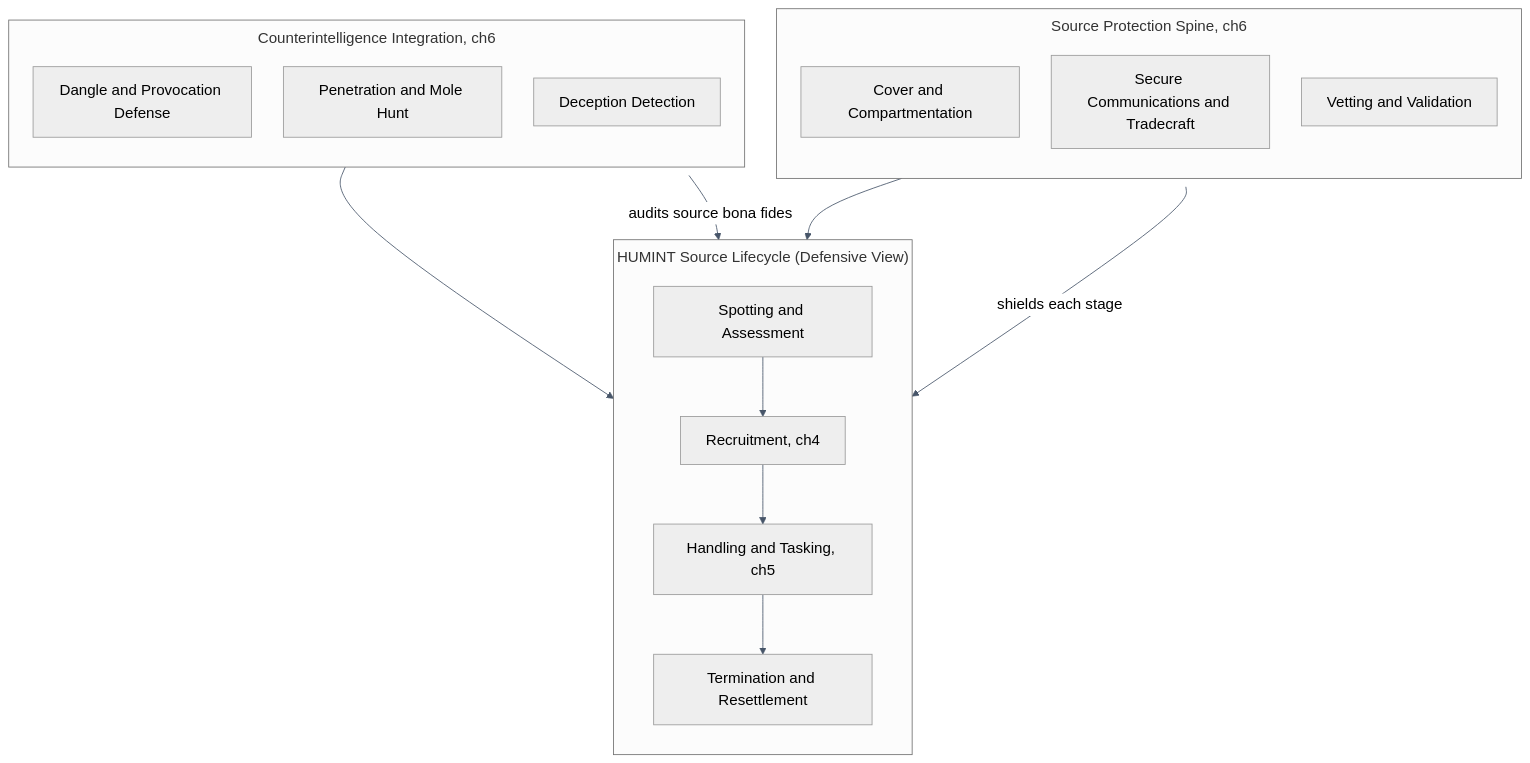
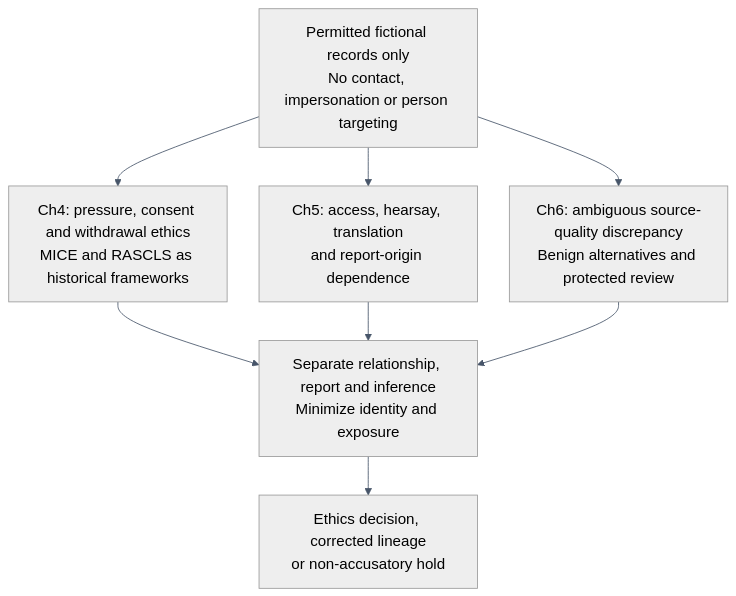
Before and after one commit to docxology/AGEINT: the diagram in output/figures/mermaid/part-humint-defensive-lifecycle.mmd, drawn with Mermaid. The commit also changed 1158 other files, not shown here.

```diff
--- a/output/figures/mermaid/part-humint-defensive-lifecycle.mmd
+++ b/output/figures/mermaid/part-humint-defensive-lifecycle.mmd
@@ -1,24 +1,10 @@
 %%{init: {'theme':'neutral','themeVariables':{'fontSize':'18px','fontFamily':'Arial, sans-serif','primaryColor':'#dbeafe','primaryBorderColor':'#475569','primaryTextColor':'#0f172a','lineColor':'#475569','secondaryColor':'#dcfce7','tertiaryColor':'#fef3c7'},'flowchart':{'htmlLabels':true,'nodeSpacing':38,'rankSpacing':46,'curve':'basis','subGraphTitleMargin':{'top':8,'bottom':12}}}}%%
 flowchart TB
-  subgraph LIFE["HUMINT Source Lifecycle (Defensive View)"]
-    direction TB
-    SPOT["Spotting and Assessment"] --> REC["Recruitment, ch4"]
-    REC --> HAND["Handling and Tasking, ch5"]
-    HAND --> TERM["Termination and Resettlement"]
-  end
-  subgraph PROT["Source Protection Spine, ch6"]
-    direction TB
-    COVER["Cover and Compartmentation"]
-    COMMS["Secure Communications and Tradecraft"]
-    VET["Vetting and Validation"]
-  end
-  subgraph CI["Counterintelligence Integration, ch6"]
-    direction TB
-    DANGLE["Dangle and Provocation Defense"]
-    MOLE["Penetration and Mole Hunt"]
-    DECEP["Deception Detection"]
-  end
-  PROT -->|"shields each stage"| LIFE
-  CI -->|"audits source bona fides"| LIFE
-  VET --> REC
-  DANGLE --> HAND
+  G["Permitted fictional records only<br/>No contact, impersonation or person targeting"]
+  G --> C4["Ch4: pressure, consent and withdrawal ethics<br/>MICE and RASCLS as historical frameworks"]
+  G --> C5["Ch5: access, hearsay, translation<br/>and report-origin dependence"]
+  G --> C6["Ch6: ambiguous source-quality discrepancy<br/>Benign alternatives and protected review"]
+  C4 --> R["Separate relationship, report and inference<br/>Minimize identity and exposure"]
+  C5 --> R
+  C6 --> R
+  R --> O["Ethics decision, corrected lineage<br/>or non-accusatory hold"]
```
